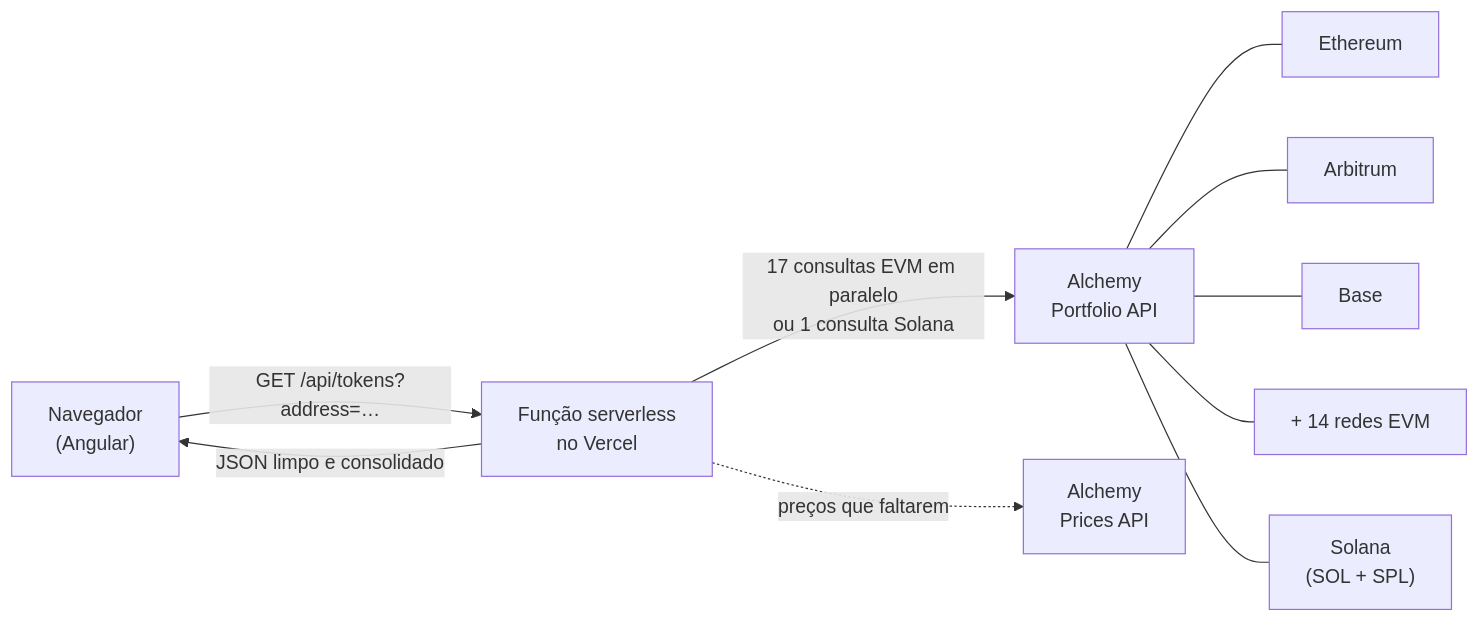
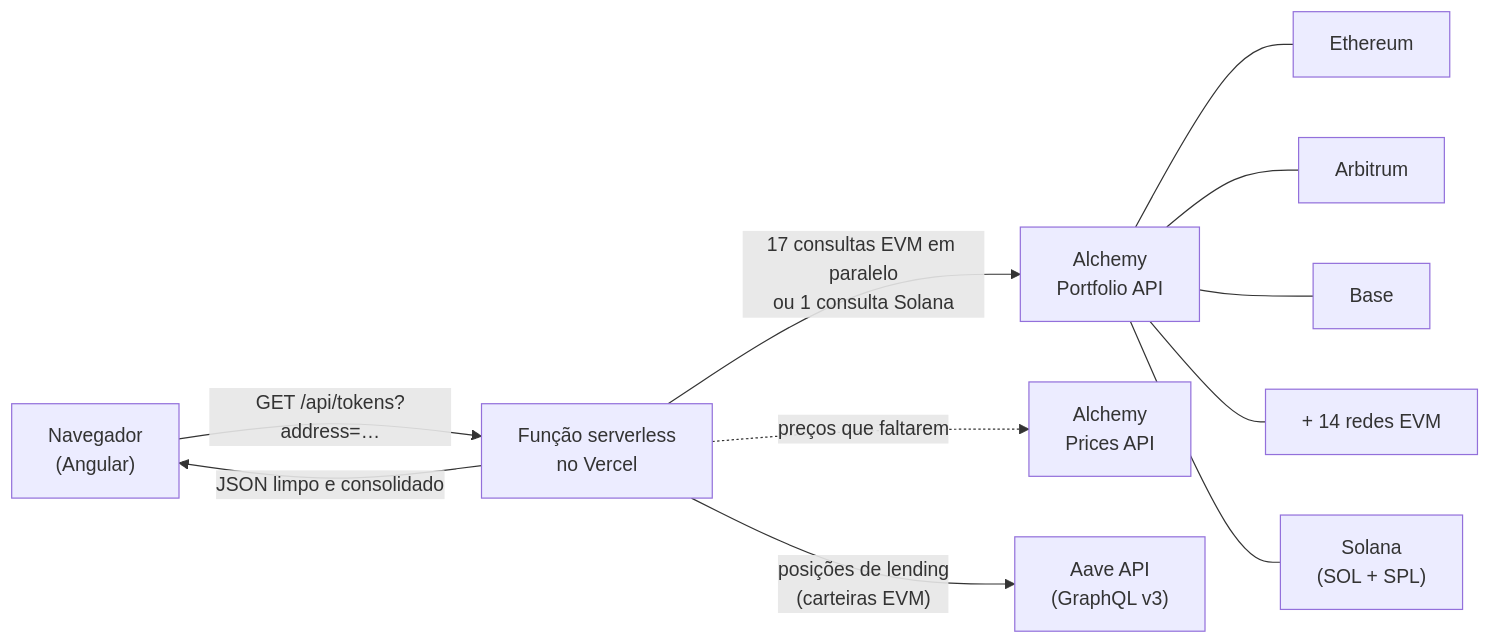
One commit to Gabriielfeliciano/DeFinance changed the diagram in README.md. Above: the diagram before and after it, drawn with Mermaid. The commit also changed other lines of this file and 4 other files, not shown here.

````diff
--- a/README.md
+++ b/README.md
@@ -47,12 +48,13 @@
 ```mermaid
 flowchart LR
     U["Navegador<br/>(Angular)"] -->|"GET /api/tokens?address=…"| F["Função serverless<br/>no Vercel"]
     F -->|"17 consultas EVM em paralelo<br/>ou 1 consulta Solana"| A["Alchemy<br/>Portfolio API"]
     A --- E["Ethereum"]
     A --- R["Arbitrum"]
     A --- B["Base"]
     A --- M["+ 14 redes EVM"]
     A --- S["Solana<br/>(SOL + SPL)"]
     F -.->|"preços que faltarem"| P["Alchemy<br/>Prices API"]
+    F -->|"posições de lending<br/>(carteiras EVM)"| V["Aave API<br/>(GraphQL v3)"]
     F -->|"JSON limpo e consolidado"| U
 ```
````
